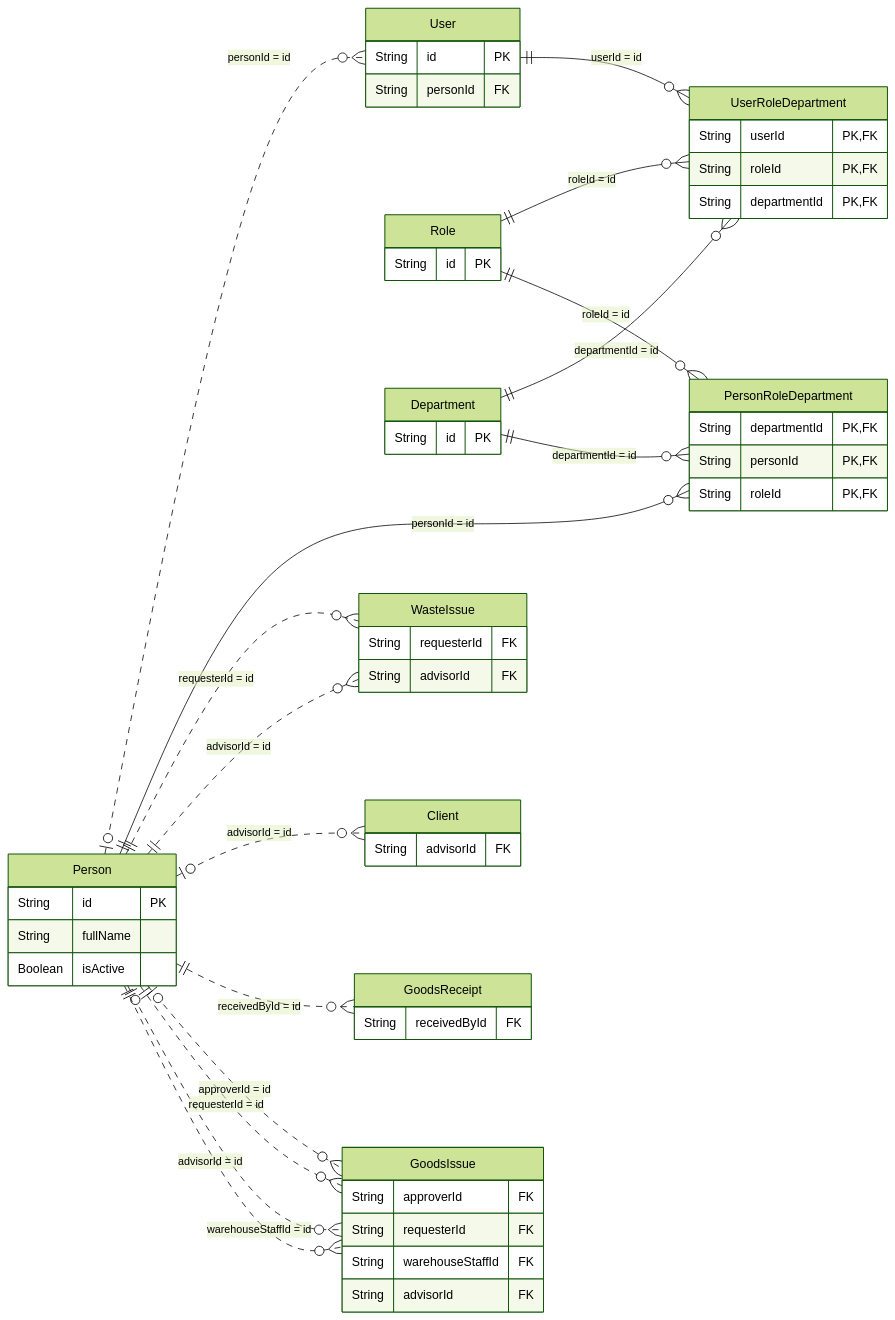
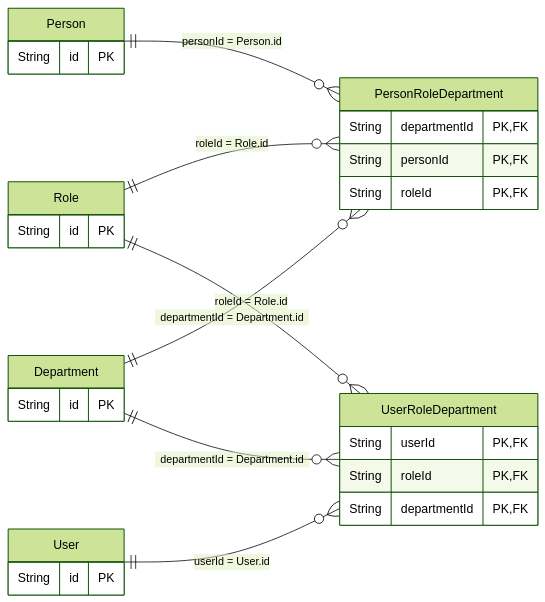
Before and after one commit to gpgsistemas01/nexus: the second of 22 diagrams in docs/architecture/views/logical/data-and-persistence/generated/database-schema.md, drawn with Mermaid (forest theme). The commit also changed other lines of this file and 4 other files, not shown here.

Commit message:
docs: simplificar vista lógica y aclarar relaciones del modelo ER

````diff
--- a/docs/architecture/views/logical/data-and-persistence/generated/database-schema.md
+++ b/docs/architecture/views/logical/data-and-persistence/generated/database-schema.md
@@ -116,60 +50,32 @@
 ```mermaid
 erDiagram
     direction LR
     Person {
         String id PK
-        String fullName
-        Boolean isActive
     }
     UserRoleDepartment {
         String userId PK,FK
         String roleId PK,FK
         String departmentId PK,FK
     }
     PersonRoleDepartment {
         String departmentId PK,FK
         String personId PK,FK
         String roleId PK,FK
     }
     User {
         String id PK
-        String personId FK
     }
     Role {
         String id PK
     }
     Department {
         String id PK
     }
-    WasteIssue {
-        String requesterId FK
-        String advisorId FK
-    }
-    Client {
-        String advisorId FK
-    }
-    GoodsReceipt {
-        String receivedById FK
-    }
-    GoodsIssue {
-        String approverId FK
-        String requesterId FK
-        String warehouseStaffId FK
-        String advisorId FK
-    }
-    Person o|..o{ User : "personId = id"
-    User ||--o{ UserRoleDepartment : "userId = id"
-    Role ||--o{ UserRoleDepartment : "roleId = id"
-    Department ||--o{ UserRoleDepartment : "departmentId = id"
-    Department ||--o{ PersonRoleDepartment : "departmentId = id"
-    Person ||--o{ PersonRoleDepartment : "personId = id"
-    Role ||--o{ PersonRoleDepartment : "roleId = id"
-    Person ||..o{ WasteIssue : "requesterId = id"
-    Person ||..o{ WasteIssue : "advisorId = id"
-    Person o|..o{ Client : "advisorId = id"
-    Person ||..o{ GoodsReceipt : "receivedById = id"
-    Person o|..o{ GoodsIssue : "approverId = id"
-    Person ||..o{ GoodsIssue : "requesterId = id"
-    Person o|..o{ GoodsIssue : "warehouseStaffId = id"
-    Person ||..o{ GoodsIssue : "advisorId = id"
+    User ||--o{ UserRoleDepartment : "userId = User.id"
+    Role ||--o{ UserRoleDepartment : "roleId = Role.id"
+    Department ||--o{ UserRoleDepartment : "departmentId = Department.id"
+    Department ||--o{ PersonRoleDepartment : "departmentId = Department.id"
+    Person ||--o{ PersonRoleDepartment : "personId = Person.id"
+    Role ||--o{ PersonRoleDepartment : "roleId = Role.id"
 ```
````
